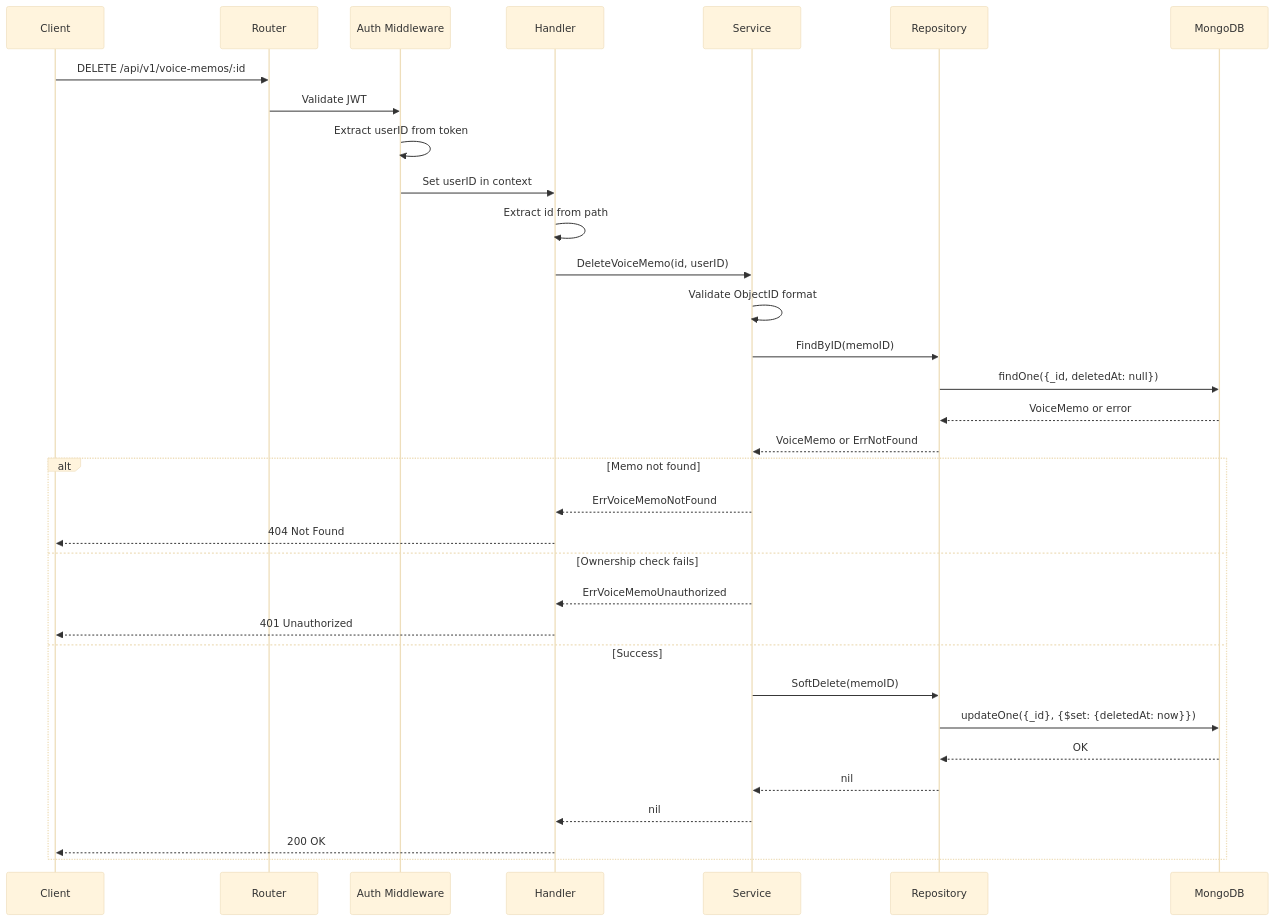
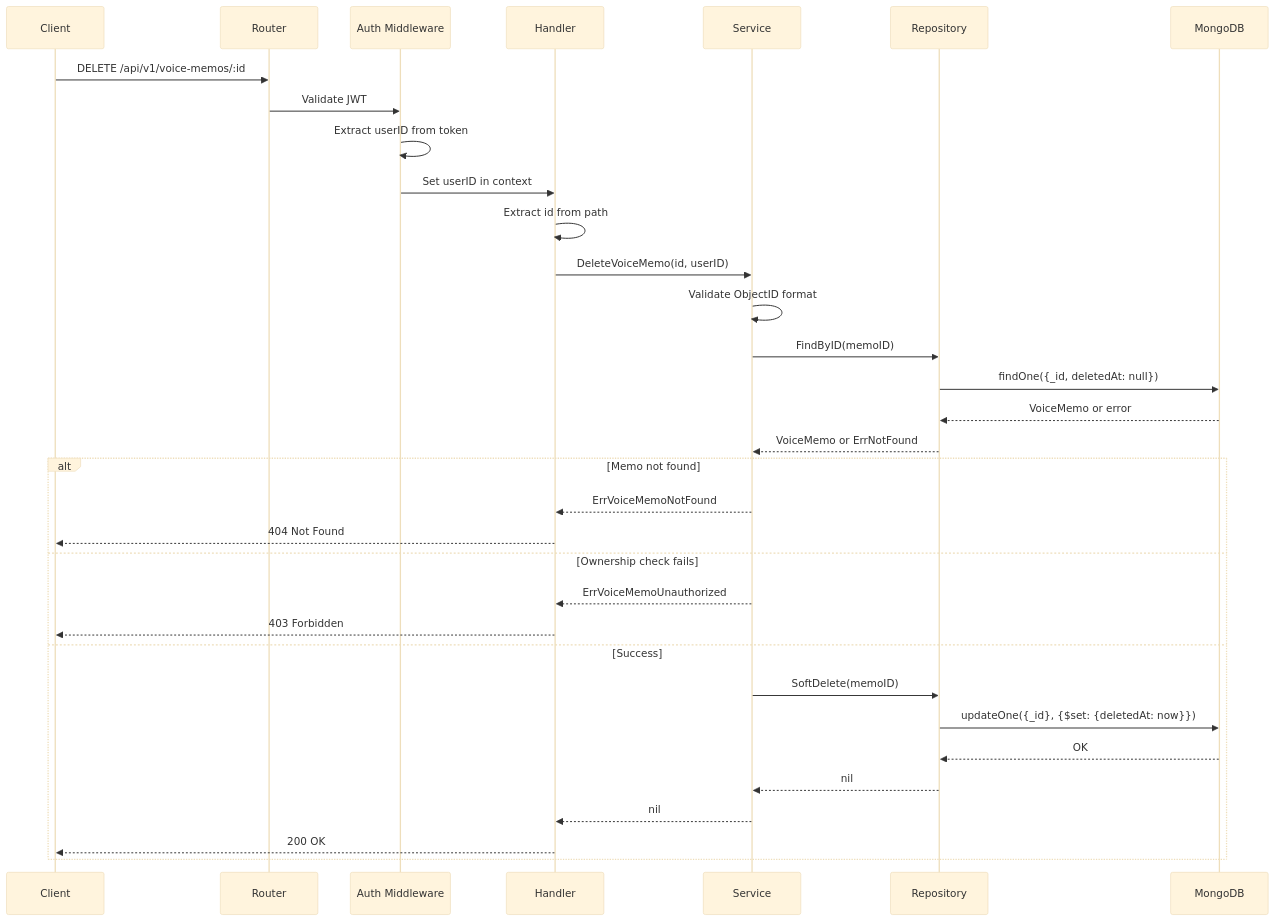
The diagram in spec/delete-voice-memo.md (geekmini/gin-memo), drawn with Mermaid (base theme) before and after one commit. The commit also changed other lines of this file and 8 other files, not shown here.

````diff
--- a/spec/delete-voice-memo.md
+++ b/spec/delete-voice-memo.md
@@ -196,37 +196,37 @@
 ```mermaid
 sequenceDiagram
     participant C as Client
     participant R as Router
     participant M as Auth Middleware
     participant H as Handler
     participant S as Service
     participant Repo as Repository
     participant DB as MongoDB
 
     C->>R: DELETE /api/v1/voice-memos/:id
     R->>M: Validate JWT
     M->>M: Extract userID from token
     M->>H: Set userID in context
     H->>H: Extract id from path
     H->>S: DeleteVoiceMemo(id, userID)
     S->>S: Validate ObjectID format
     S->>Repo: FindByID(memoID)
     Repo->>DB: findOne({_id, deletedAt: null})
     DB-->>Repo: VoiceMemo or error
     Repo-->>S: VoiceMemo or ErrNotFound
 
     alt Memo not found
         S-->>H: ErrVoiceMemoNotFound
         H-->>C: 404 Not Found
     else Ownership check fails
         S-->>H: ErrVoiceMemoUnauthorized
-        H-->>C: 401 Unauthorized
+        H-->>C: 403 Forbidden
     else Success
         S->>Repo: SoftDelete(memoID)
         Repo->>DB: updateOne({_id}, {$set: {deletedAt: now}})
         DB-->>Repo: OK
         Repo-->>S: nil
         S-->>H: nil
         H-->>C: 200 OK
     end
 ```
````
